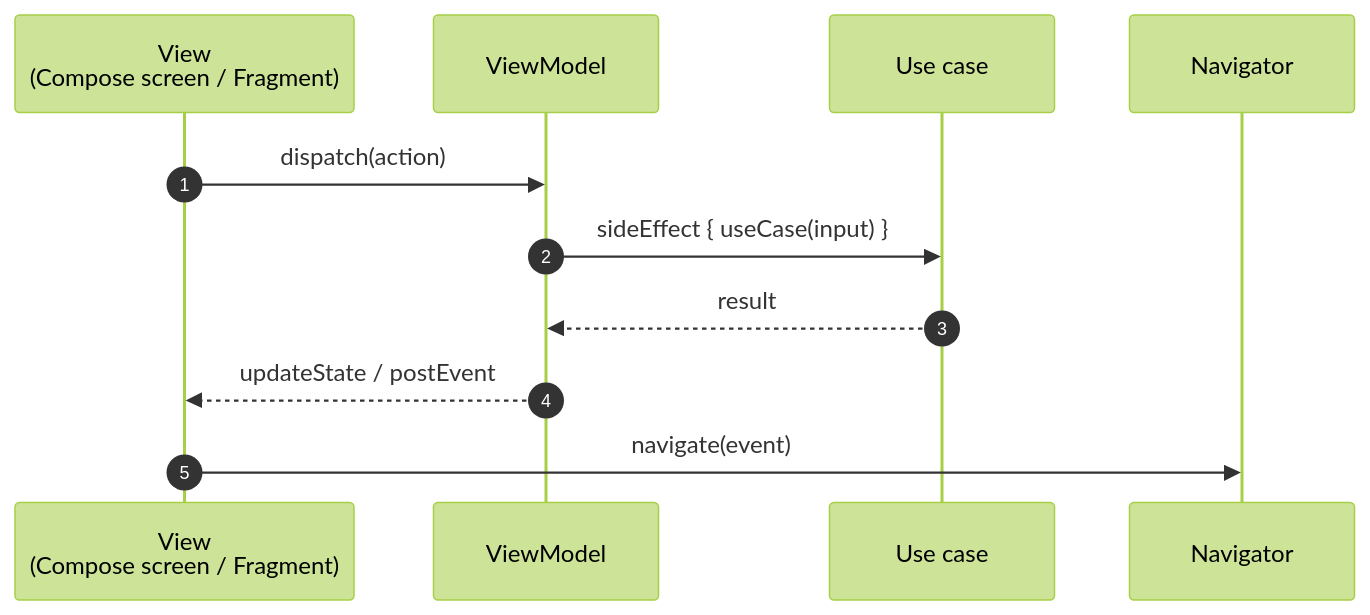
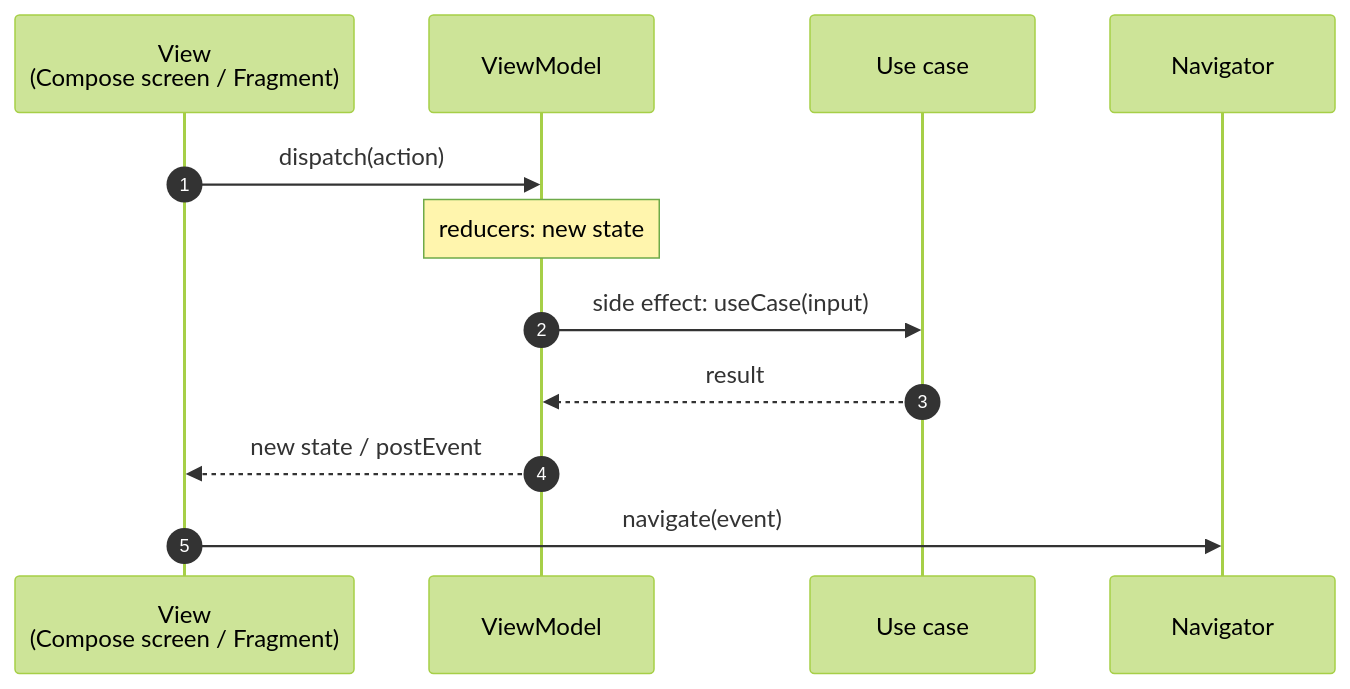
One commit to carmabs/Ema changed the first of 2 diagrams in docs/concepts/architecture.md. Above: the diagram before and after it, drawn with Mermaid (forest theme). The commit also changed other lines of this file and 28 other files, not shown here.

````diff
--- a/docs/concepts/architecture.md
+++ b/docs/concepts/architecture.md
@@ -5,13 +5,14 @@
 ```mermaid
 sequenceDiagram
     autonumber
     participant V as View<br/>(Compose screen / Fragment)
     participant VM as ViewModel
     participant UC as Use case
     participant N as Navigator
     V->>VM: dispatch(action)
-    VM->>UC: sideEffect { useCase(input) }
+    Note over VM: reducers: new state
+    VM->>UC: side effect: useCase(input)
     UC-->>VM: result
-    VM-->>V: updateState / postEvent
+    VM-->>V: new state / postEvent
     V->>N: navigate(event)
 ```
````
